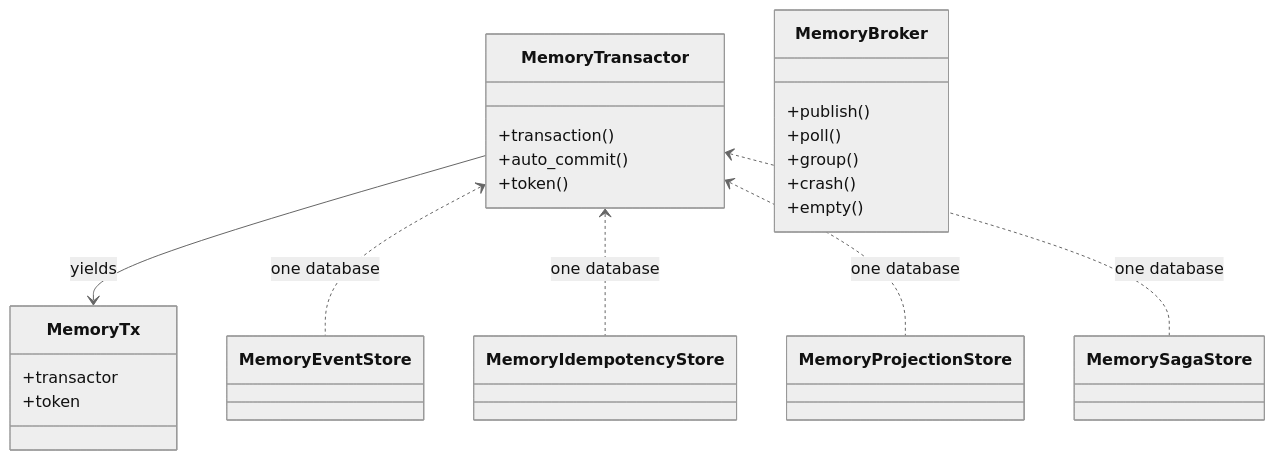
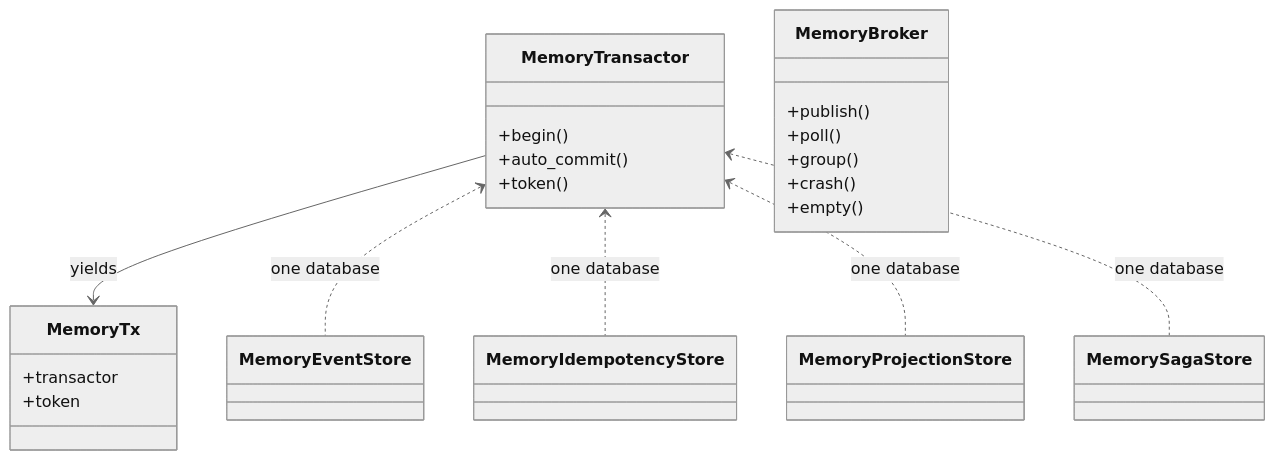
The first of 3 diagrams in docs/backends/memory.md (haskian/edax), drawn with Mermaid (neutral theme) before and after one commit. The commit also changed other lines of this file and 17 other files, not shown here.

````diff
--- a/docs/backends/memory.md
+++ b/docs/backends/memory.md
@@ -10,24 +10,24 @@
 ```mermaid
 classDiagram
     class MemoryTransactor {
-        +transaction()
+        +begin()
         +auto_commit()
         +token()
     }
     class MemoryTx {
         +transactor
         +token
     }
     class MemoryBroker {
         +publish()
         +poll()
         +group()
         +crash()
         +empty()
     }
     MemoryTransactor --> MemoryTx : yields
     MemoryTransactor <.. MemoryEventStore : one database
     MemoryTransactor <.. MemoryIdempotencyStore : one database
     MemoryTransactor <.. MemoryProjectionStore : one database
     MemoryTransactor <.. MemorySagaStore : one database
 ```
````
